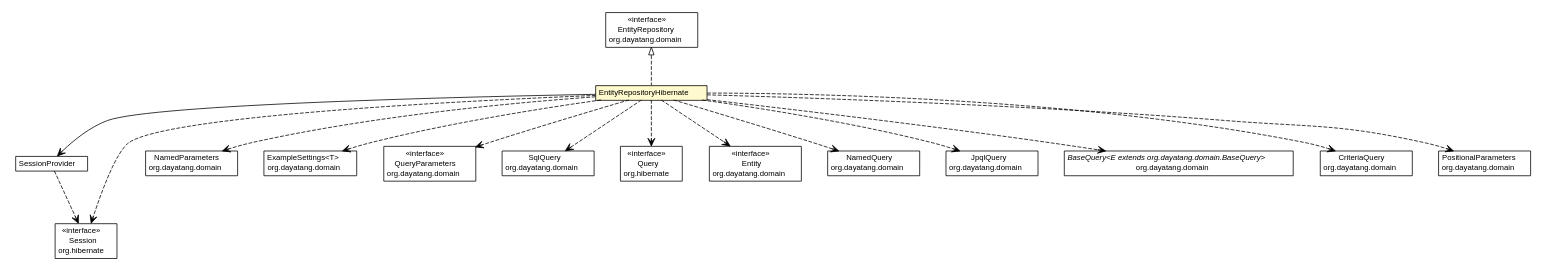
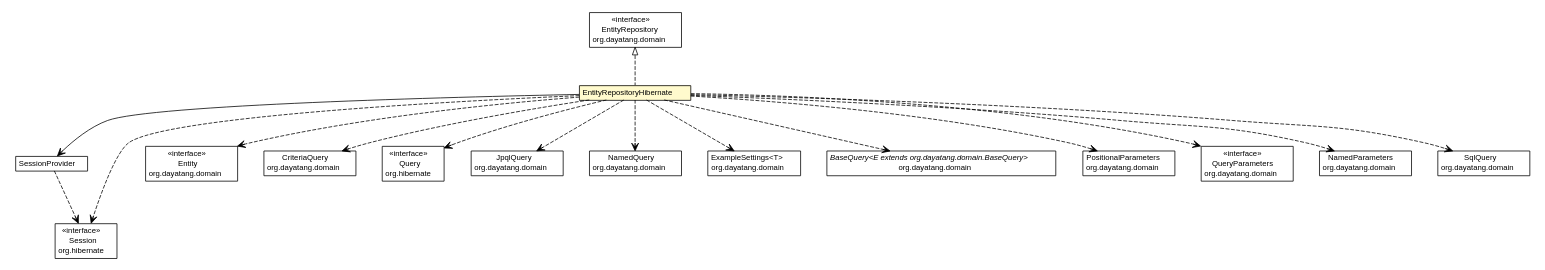
One commit to dayatang/dddlib changed the diagram in dddlib-persistence/dddlib-persistence-hibernate/apidocs/org/dayatang/persistence/hibernate/EntityRepositoryHibernate.dot. Above: the diagram before and after it, drawn with Graphviz. The commit also changed 52 other files, not shown here.

```diff
--- a/dddlib-persistence/dddlib-persistence-hibernate/apidocs/org/dayatang/persistence/hibernate/EntityRepositoryHibernate.dot
+++ b/dddlib-persistence/dddlib-persistence-hibernate/apidocs/org/dayatang/persistence/hibernate/EntityRepositoryHibernate.dot
@@ -27,29 +27,29 @@
 	c29:p -> c28:p [taillabel="", label=" "headlabel="", fontname="Helvetica", fontcolor="black", fontsize=10.0, color="black", arrowhead=open];
 	// org.dayatang.persistence.hibernate.SessionProvider DEPEND org.hibernate.Session
 	c28:p -> c43:p [taillabel="", label=" "headlabel="", fontname="Helvetica", fontcolor="black", fontsize=10.0, color="black", arrowhead=open, style=dashed];
-	// org.dayatang.persistence.hibernate.EntityRepositoryHibernate DEPEND org.dayatang.domain.NamedParameters
+	// org.dayatang.persistence.hibernate.EntityRepositoryHibernate DEPEND org.dayatang.domain.Entity
 	c29:p -> c44:p [taillabel="", label=" "headlabel="", fontname="Helvetica", fontcolor="black", fontsize=10.0, color="black", arrowhead=open, style=dashed];
+	// org.dayatang.persistence.hibernate.EntityRepositoryHibernate DEPEND org.dayatang.domain.CriteriaQuery
+	c29:p -> c50:p [taillabel="", label=" "headlabel="", fontname="Helvetica", fontcolor="black", fontsize=10.0, color="black", arrowhead=open, style=dashed];
+	// org.dayatang.persistence.hibernate.EntityRepositoryHibernate DEPEND org.hibernate.Query
+	c29:p -> c61:p [taillabel="", label=" "headlabel="", fontname="Helvetica", fontcolor="black", fontsize=10.0, color="black", arrowhead=open, style=dashed];
 	// org.dayatang.persistence.hibernate.EntityRepositoryHibernate DEPEND org.hibernate.Session
 	c29:p -> c43:p [taillabel="", label=" "headlabel="", fontname="Helvetica", fontcolor="black", fontsize=10.0, color="black", arrowhead=open, style=dashed];
-	// org.dayatang.persistence.hibernate.EntityRepositoryHibernate DEPEND org.dayatang.domain.ExampleSettings<T>
-	c29:p -> c45:p [taillabel="", label=" "headlabel="", fontname="Helvetica", fontcolor="black", fontsize=10.0, color="black", arrowhead=open, style=dashed];
-	// org.dayatang.persistence.hibernate.EntityRepositoryHibernate DEPEND org.dayatang.domain.QueryParameters
-	c29:p -> c46:p [taillabel="", label=" "headlabel="", fontname="Helvetica", fontcolor="black", fontsize=10.0, color="black", arrowhead=open, style=dashed];
-	// org.dayatang.persistence.hibernate.EntityRepositoryHibernate DEPEND org.dayatang.domain.SqlQuery
-	c29:p -> c47:p [taillabel="", label=" "headlabel="", fontname="Helvetica", fontcolor="black", fontsize=10.0, color="black", arrowhead=open, style=dashed];
-	// org.dayatang.persistence.hibernate.EntityRepositoryHibernate DEPEND org.hibernate.Query
-	c29:p -> c59:p [taillabel="", label=" "headlabel="", fontname="Helvetica", fontcolor="black", fontsize=10.0, color="black", arrowhead=open, style=dashed];
-	// org.dayatang.persistence.hibernate.EntityRepositoryHibernate DEPEND org.dayatang.domain.Entity
-	c29:p -> c60:p [taillabel="", label=" "headlabel="", fontname="Helvetica", fontcolor="black", fontsize=10.0, color="black", arrowhead=open, style=dashed];
-	// org.dayatang.persistence.hibernate.EntityRepositoryHibernate DEPEND org.dayatang.domain.NamedQuery
-	c29:p -> c61:p [taillabel="", label=" "headlabel="", fontname="Helvetica", fontcolor="black", fontsize=10.0, color="black", arrowhead=open, style=dashed];
 	// org.dayatang.persistence.hibernate.EntityRepositoryHibernate DEPEND org.dayatang.domain.JpqlQuery
 	c29:p -> c62:p [taillabel="", label=" "headlabel="", fontname="Helvetica", fontcolor="black", fontsize=10.0, color="black", arrowhead=open, style=dashed];
+	// org.dayatang.persistence.hibernate.EntityRepositoryHibernate DEPEND org.dayatang.domain.NamedQuery
+	c29:p -> c63:p [taillabel="", label=" "headlabel="", fontname="Helvetica", fontcolor="black", fontsize=10.0, color="black", arrowhead=open, style=dashed];
+	// org.dayatang.persistence.hibernate.EntityRepositoryHibernate DEPEND org.dayatang.domain.ExampleSettings<T>
+	c29:p -> c64:p [taillabel="", label=" "headlabel="", fontname="Helvetica", fontcolor="black", fontsize=10.0, color="black", arrowhead=open, style=dashed];
 	// org.dayatang.persistence.hibernate.EntityRepositoryHibernate DEPEND org.dayatang.domain.BaseQuery<E extends org.dayatang.domain.BaseQuery>
-	c29:p -> c63:p [taillabel="", label=" "headlabel="", fontname="Helvetica", fontcolor="black", fontsize=10.0, color="black", arrowhead=open, style=dashed];
-	// org.dayatang.persistence.hibernate.EntityRepositoryHibernate DEPEND org.dayatang.domain.CriteriaQuery
+	c29:p -> c65:p [taillabel="", label=" "headlabel="", fontname="Helvetica", fontcolor="black", fontsize=10.0, color="black", arrowhead=open, style=dashed];
+	// org.dayatang.persistence.hibernate.EntityRepositoryHibernate DEPEND org.dayatang.domain.PositionalParameters
+	c29:p -> c66:p [taillabel="", label=" "headlabel="", fontname="Helvetica", fontcolor="black", fontsize=10.0, color="black", arrowhead=open, style=dashed];
+	// org.dayatang.persistence.hibernate.EntityRepositoryHibernate DEPEND org.dayatang.domain.QueryParameters
+	c29:p -> c67:p [taillabel="", label=" "headlabel="", fontname="Helvetica", fontcolor="black", fontsize=10.0, color="black", arrowhead=open, style=dashed];
+	// org.dayatang.persistence.hibernate.EntityRepositoryHibernate DEPEND org.dayatang.domain.NamedParameters
 	c29:p -> c68:p [taillabel="", label=" "headlabel="", fontname="Helvetica", fontcolor="black", fontsize=10.0, color="black", arrowhead=open, style=dashed];
-	// org.dayatang.persistence.hibernate.EntityRepositoryHibernate DEPEND org.dayatang.domain.PositionalParameters
+	// org.dayatang.persistence.hibernate.EntityRepositoryHibernate DEPEND org.dayatang.domain.SqlQuery
 	c29:p -> c69:p [taillabel="", label=" "headlabel="", fontname="Helvetica", fontcolor="black", fontsize=10.0, color="black", arrowhead=open, style=dashed];
 	// org.hibernate.Session
 	c43 [label=<<table title="org.hibernate.Session" border="0" cellborder="1" cellspacing="0" cellpadding="2" port="p" href="http://java.sun.com/j2se/1.4.2/docs/api/org/hibernate/Session.html">
@@ -60,42 +60,42 @@
 		</table></td></tr>
 		</table>>, URL="http://java.sun.com/j2se/1.4.2/docs/api/org/hibernate/Session.html", fontname="Helvetica", fontcolor="black", fontsize=10.0];
 	// org.dayatang.domain.NamedParameters
-	c44 [label=<<table title="org.dayatang.domain.NamedParameters" border="0" cellborder="1" cellspacing="0" cellpadding="2" port="p" href="http://java.sun.com/j2se/1.4.2/docs/api/org/dayatang/domain/NamedParameters.html">
+	c68 [label=<<table title="org.dayatang.domain.NamedParameters" border="0" cellborder="1" cellspacing="0" cellpadding="2" port="p" href="http://java.sun.com/j2se/1.4.2/docs/api/org/dayatang/domain/NamedParameters.html">
 		<tr><td><table border="0" cellspacing="0" cellpadding="1">
 <tr><td align="center" balign="center"> NamedParameters </td></tr>
 <tr><td align="center" balign="center"> org.dayatang.domain </td></tr>
 		</table></td></tr>
 		</table>>, URL="http://java.sun.com/j2se/1.4.2/docs/api/org/dayatang/domain/NamedParameters.html", fontname="Helvetica", fontcolor="black", fontsize=10.0];
 	// org.dayatang.domain.ExampleSettings<T>
-	c45 [label=<<table title="org.dayatang.domain.ExampleSettings" border="0" cellborder="1" cellspacing="0" cellpadding="2" port="p" href="http://java.sun.com/j2se/1.4.2/docs/api/org/dayatang/domain/ExampleSettings.html">
+	c64 [label=<<table title="org.dayatang.domain.ExampleSettings" border="0" cellborder="1" cellspacing="0" cellpadding="2" port="p" href="http://java.sun.com/j2se/1.4.2/docs/api/org/dayatang/domain/ExampleSettings.html">
 		<tr><td><table border="0" cellspacing="0" cellpadding="1">
 <tr><td align="center" balign="center"> ExampleSettings&lt;T&gt; </td></tr>
 <tr><td align="center" balign="center"> org.dayatang.domain </td></tr>
 		</table></td></tr>
 		</table>>, URL="http://java.sun.com/j2se/1.4.2/docs/api/org/dayatang/domain/ExampleSettings.html", fontname="Helvetica", fontcolor="black", fontsize=10.0];
 	// org.dayatang.domain.CriteriaQuery
-	c68 [label=<<table title="org.dayatang.domain.CriteriaQuery" border="0" cellborder="1" cellspacing="0" cellpadding="2" port="p" href="http://java.sun.com/j2se/1.4.2/docs/api/org/dayatang/domain/CriteriaQuery.html">
+	c50 [label=<<table title="org.dayatang.domain.CriteriaQuery" border="0" cellborder="1" cellspacing="0" cellpadding="2" port="p" href="http://java.sun.com/j2se/1.4.2/docs/api/org/dayatang/domain/CriteriaQuery.html">
 		<tr><td><table border="0" cellspacing="0" cellpadding="1">
 <tr><td align="center" balign="center"> CriteriaQuery </td></tr>
 <tr><td align="center" balign="center"> org.dayatang.domain </td></tr>
 		</table></td></tr>
 		</table>>, URL="http://java.sun.com/j2se/1.4.2/docs/api/org/dayatang/domain/CriteriaQuery.html", fontname="Helvetica", fontcolor="black", fontsize=10.0];
 	// org.dayatang.domain.NamedQuery
-	c61 [label=<<table title="org.dayatang.domain.NamedQuery" border="0" cellborder="1" cellspacing="0" cellpadding="2" port="p" href="http://java.sun.com/j2se/1.4.2/docs/api/org/dayatang/domain/NamedQuery.html">
+	c63 [label=<<table title="org.dayatang.domain.NamedQuery" border="0" cellborder="1" cellspacing="0" cellpadding="2" port="p" href="http://java.sun.com/j2se/1.4.2/docs/api/org/dayatang/domain/NamedQuery.html">
 		<tr><td><table border="0" cellspacing="0" cellpadding="1">
 <tr><td align="center" balign="center"> NamedQuery </td></tr>
 <tr><td align="center" balign="center"> org.dayatang.domain </td></tr>
 		</table></td></tr>
 		</table>>, URL="http://java.sun.com/j2se/1.4.2/docs/api/org/dayatang/domain/NamedQuery.html", fontname="Helvetica", fontcolor="black", fontsize=10.0];
 	// org.dayatang.domain.PositionalParameters
-	c69 [label=<<table title="org.dayatang.domain.PositionalParameters" border="0" cellborder="1" cellspacing="0" cellpadding="2" port="p" href="http://java.sun.com/j2se/1.4.2/docs/api/org/dayatang/domain/PositionalParameters.html">
+	c66 [label=<<table title="org.dayatang.domain.PositionalParameters" border="0" cellborder="1" cellspacing="0" cellpadding="2" port="p" href="http://java.sun.com/j2se/1.4.2/docs/api/org/dayatang/domain/PositionalParameters.html">
 		<tr><td><table border="0" cellspacing="0" cellpadding="1">
 <tr><td align="center" balign="center"> PositionalParameters </td></tr>
 <tr><td align="center" balign="center"> org.dayatang.domain </td></tr>
 		</table></td></tr>
 		</table>>, URL="http://java.sun.com/j2se/1.4.2/docs/api/org/dayatang/domain/PositionalParameters.html", fontname="Helvetica", fontcolor="black", fontsize=10.0];
 	// org.dayatang.domain.QueryParameters
-	c46 [label=<<table title="org.dayatang.domain.QueryParameters" border="0" cellborder="1" cellspacing="0" cellpadding="2" port="p" href="http://java.sun.com/j2se/1.4.2/docs/api/org/dayatang/domain/QueryParameters.html">
+	c67 [label=<<table title="org.dayatang.domain.QueryParameters" border="0" cellborder="1" cellspacing="0" cellpadding="2" port="p" href="http://java.sun.com/j2se/1.4.2/docs/api/org/dayatang/domain/QueryParameters.html">
 		<tr><td><table border="0" cellspacing="0" cellpadding="1">
 <tr><td align="center" balign="center"> &#171;interface&#187; </td></tr>
 <tr><td align="center" balign="center"> QueryParameters </td></tr>
@@ -110,7 +110,7 @@
 		</table></td></tr>
 		</table>>, URL="http://java.sun.com/j2se/1.4.2/docs/api/org/dayatang/domain/JpqlQuery.html", fontname="Helvetica", fontcolor="black", fontsize=10.0];
 	// org.hibernate.Query
-	c59 [label=<<table title="org.hibernate.Query" border="0" cellborder="1" cellspacing="0" cellpadding="2" port="p" href="http://java.sun.com/j2se/1.4.2/docs/api/org/hibernate/Query.html">
+	c61 [label=<<table title="org.hibernate.Query" border="0" cellborder="1" cellspacing="0" cellpadding="2" port="p" href="http://java.sun.com/j2se/1.4.2/docs/api/org/hibernate/Query.html">
 		<tr><td><table border="0" cellspacing="0" cellpadding="1">
 <tr><td align="center" balign="center"> &#171;interface&#187; </td></tr>
 <tr><td align="center" balign="center"> Query </td></tr>
@@ -118,7 +118,7 @@
 		</table></td></tr>
 		</table>>, URL="http://java.sun.com/j2se/1.4.2/docs/api/org/hibernate/Query.html", fontname="Helvetica", fontcolor="black", fontsize=10.0];
 	// org.dayatang.domain.SqlQuery
-	c47 [label=<<table title="org.dayatang.domain.SqlQuery" border="0" cellborder="1" cellspacing="0" cellpadding="2" port="p" href="http://java.sun.com/j2se/1.4.2/docs/api/org/dayatang/domain/SqlQuery.html">
+	c69 [label=<<table title="org.dayatang.domain.SqlQuery" border="0" cellborder="1" cellspacing="0" cellpadding="2" port="p" href="http://java.sun.com/j2se/1.4.2/docs/api/org/dayatang/domain/SqlQuery.html">
 		<tr><td><table border="0" cellspacing="0" cellpadding="1">
 <tr><td align="center" balign="center"> SqlQuery </td></tr>
 <tr><td align="center" balign="center"> org.dayatang.domain </td></tr>
@@ -132,19 +132,19 @@
 <tr><td align="center" balign="center"> org.dayatang.domain </td></tr>
 		</table></td></tr>
 		</table>>, URL="http://java.sun.com/j2se/1.4.2/docs/api/org/dayatang/domain/EntityRepository.html", fontname="Helvetica", fontcolor="black", fontsize=10.0];
+	// org.dayatang.domain.BaseQuery<E extends org.dayatang.domain.BaseQuery>
+	c65 [label=<<table title="org.dayatang.domain.BaseQuery" border="0" cellborder="1" cellspacing="0" cellpadding="2" port="p" href="http://java.sun.com/j2se/1.4.2/docs/api/org/dayatang/domain/BaseQuery.html">
+		<tr><td><table border="0" cellspacing="0" cellpadding="1">
+<tr><td align="center" balign="center"><font face="Helvetica-Oblique"> BaseQuery&lt;E extends org.dayatang.domain.BaseQuery&gt; </font></td></tr>
+<tr><td align="center" balign="center"> org.dayatang.domain </td></tr>
+		</table></td></tr>
+		</table>>, URL="http://java.sun.com/j2se/1.4.2/docs/api/org/dayatang/domain/BaseQuery.html", fontname="Helvetica", fontcolor="black", fontsize=10.0];
 	// org.dayatang.domain.Entity
-	c60 [label=<<table title="org.dayatang.domain.Entity" border="0" cellborder="1" cellspacing="0" cellpadding="2" port="p" href="http://java.sun.com/j2se/1.4.2/docs/api/org/dayatang/domain/Entity.html">
+	c44 [label=<<table title="org.dayatang.domain.Entity" border="0" cellborder="1" cellspacing="0" cellpadding="2" port="p" href="http://java.sun.com/j2se/1.4.2/docs/api/org/dayatang/domain/Entity.html">
 		<tr><td><table border="0" cellspacing="0" cellpadding="1">
 <tr><td align="center" balign="center"> &#171;interface&#187; </td></tr>
 <tr><td align="center" balign="center"> Entity </td></tr>
 <tr><td align="center" balign="center"> org.dayatang.domain </td></tr>
 		</table></td></tr>
 		</table>>, URL="http://java.sun.com/j2se/1.4.2/docs/api/org/dayatang/domain/Entity.html", fontname="Helvetica", fontcolor="black", fontsize=10.0];
-	// org.dayatang.domain.BaseQuery<E extends org.dayatang.domain.BaseQuery>
-	c63 [label=<<table title="org.dayatang.domain.BaseQuery" border="0" cellborder="1" cellspacing="0" cellpadding="2" port="p" href="http://java.sun.com/j2se/1.4.2/docs/api/org/dayatang/domain/BaseQuery.html">
-		<tr><td><table border="0" cellspacing="0" cellpadding="1">
-<tr><td align="center" balign="center"><font face="Helvetica-Oblique"> BaseQuery&lt;E extends org.dayatang.domain.BaseQuery&gt; </font></td></tr>
-<tr><td align="center" balign="center"> org.dayatang.domain </td></tr>
-		</table></td></tr>
-		</table>>, URL="http://java.sun.com/j2se/1.4.2/docs/api/org/dayatang/domain/BaseQuery.html", fontname="Helvetica", fontcolor="black", fontsize=10.0];
 }
```
